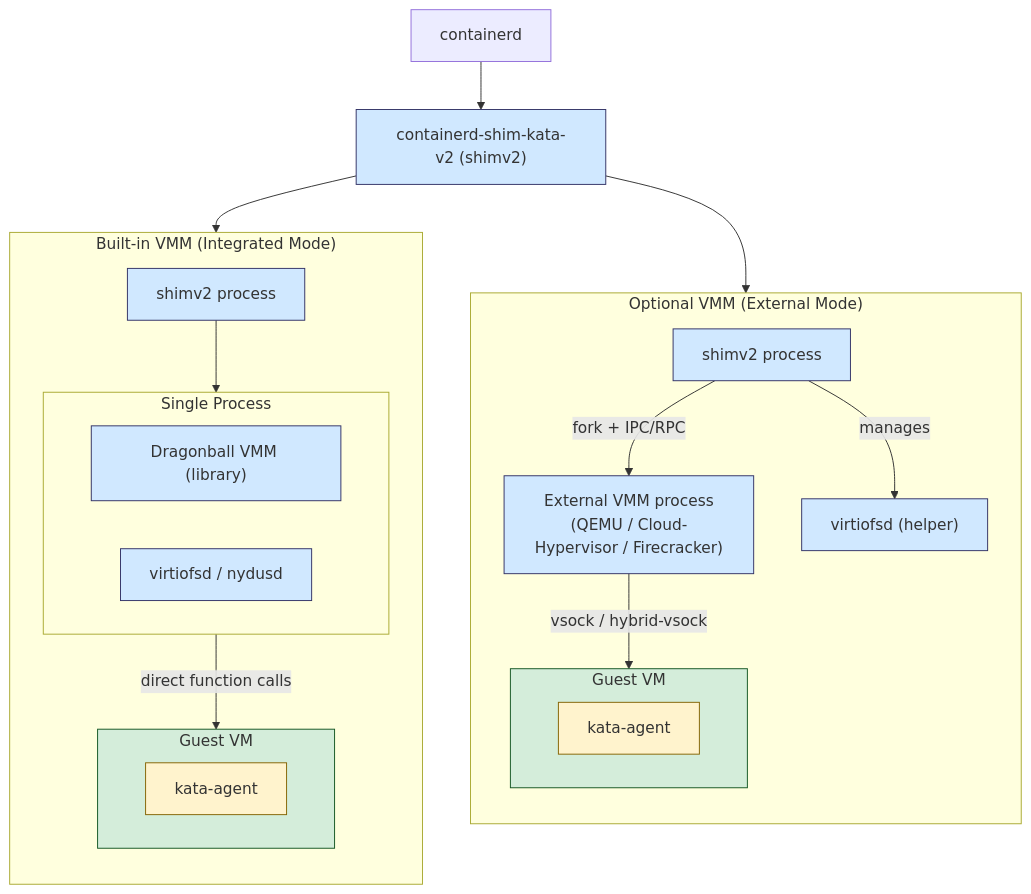
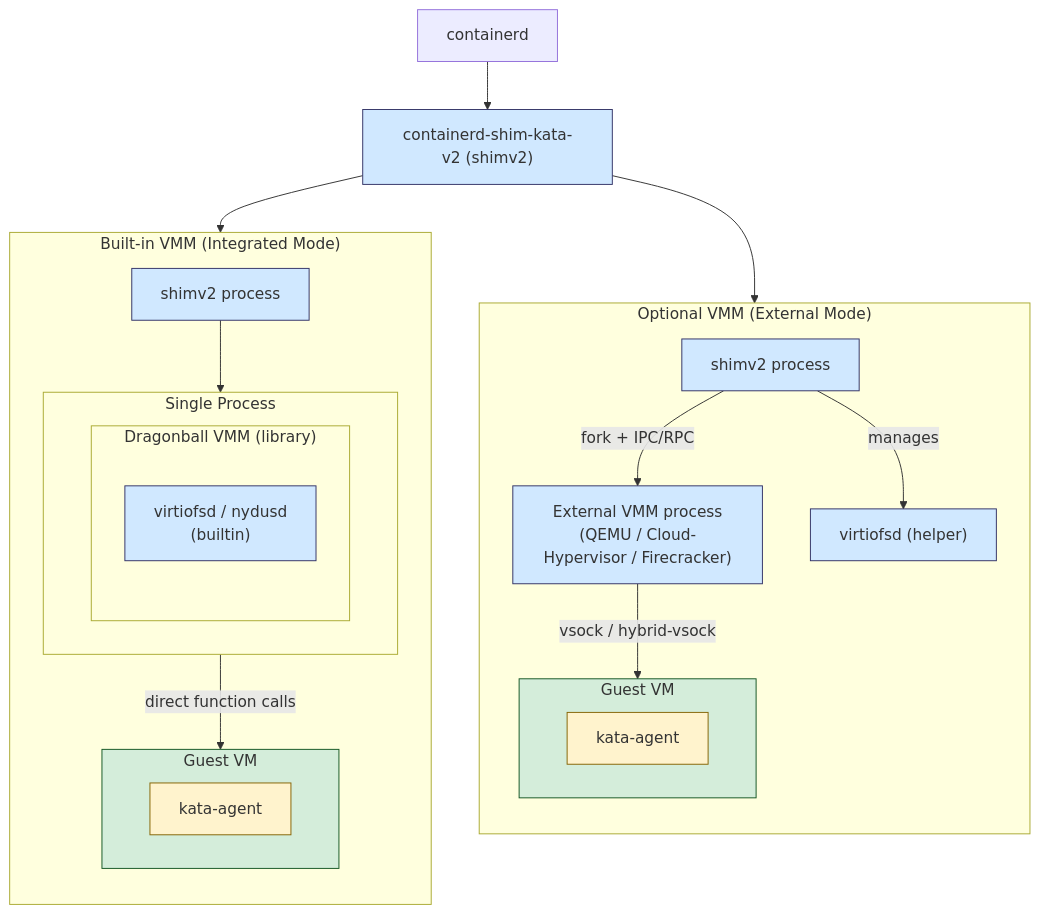
The first of 6 diagrams in docs/design/architecture_4.0/README.md (Apokleos/kata-containers), drawn with Mermaid before and after one commit. The commit also changed other lines of this file, not shown here.

First line of the commit message:
docs: fix Builtin VMM diagrams to show virtiofsd/nydusd nested inside Dragonball

````diff
--- a/docs/design/architecture_4.0/README.md
+++ b/docs/design/architecture_4.0/README.md
@@ -15,41 +15,42 @@
 ```mermaid
 graph TD
     containerd["containerd"] --> shimv2["containerd-shim-kata-v2 (shimv2)"]
 
     subgraph BuiltIn["Built-in VMM (Integrated Mode)"]
         direction TD
         shimv2_bi["shimv2 process"]
         subgraph shimv2_bi_inner["Single Process"]
-            dragonball["Dragonball VMM (library)"]
-            helpers_bi["virtiofsd / nydusd"]
+            subgraph dragonball["Dragonball VMM (library)"]
+                helpers_bi["virtiofsd / nydusd\n(builtin)"]
+            end
         end
         subgraph guestvm_bi["Guest VM"]
             agent_bi["kata-agent"]
         end
         shimv2_bi --> shimv2_bi_inner
         shimv2_bi_inner -->|"direct function calls"| guestvm_bi
     end
 
     subgraph OptionalVMM["Optional VMM (External Mode)"]
         direction TD
         shimv2_ext["shimv2 process"]
         virtiofsd_ext["virtiofsd (helper)"]
         ext_vmm["External VMM process\n(QEMU / Cloud-Hypervisor / Firecracker)"]
         subgraph guestvm_ext["Guest VM"]
             agent_ext["kata-agent"]
         end
         shimv2_ext -->|"fork + IPC/RPC"| ext_vmm
         shimv2_ext -->|"manages"| virtiofsd_ext
         ext_vmm -->|"vsock / hybrid-vsock"| guestvm_ext
     end
 
     shimv2 --> BuiltIn
     shimv2 --> OptionalVMM
 
     classDef process fill:#d0e8ff,stroke:#336,stroke-width:1px
     classDef vm fill:#d4edda,stroke:#155724,stroke-width:1px
     classDef agent fill:#fff3cd,stroke:#856404,stroke-width:1px
-    class shimv2,shimv2_bi,shimv2_ext,dragonball,helpers_bi,virtiofsd_ext,ext_vmm process
+    class shimv2,shimv2_bi,shimv2_ext,helpers_bi,virtiofsd_ext,ext_vmm process
     class guestvm_bi,guestvm_ext vm
     class agent_bi,agent_ext agent
 ```
````
